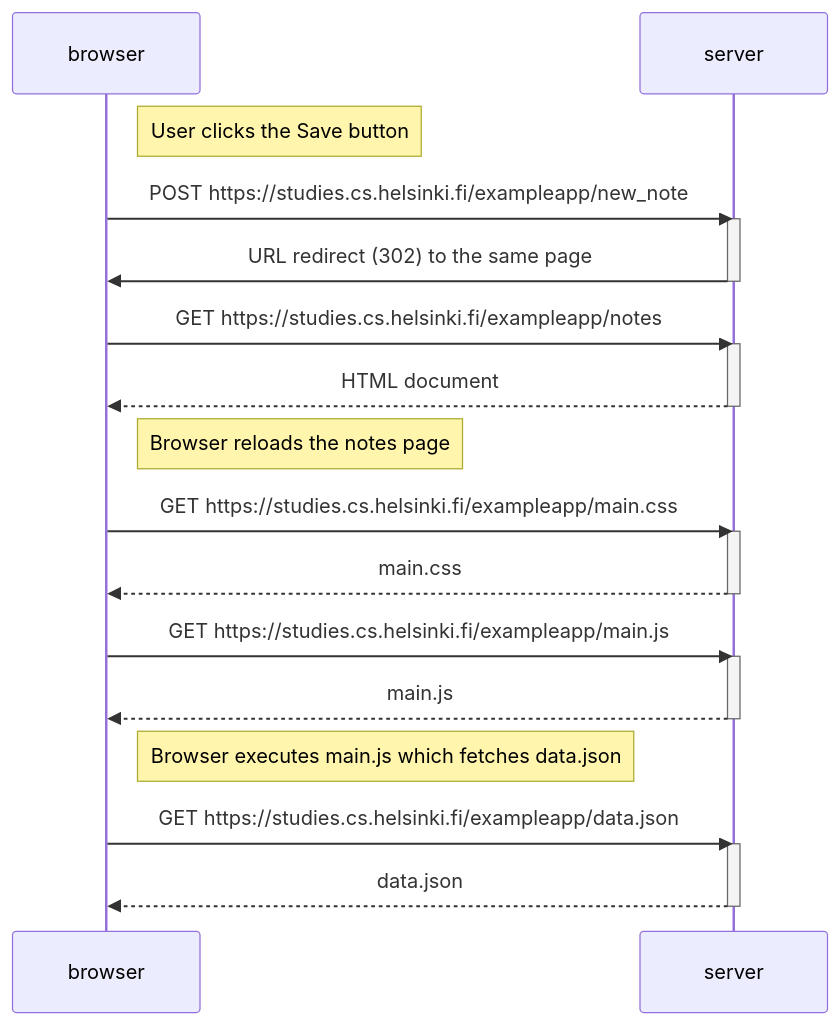
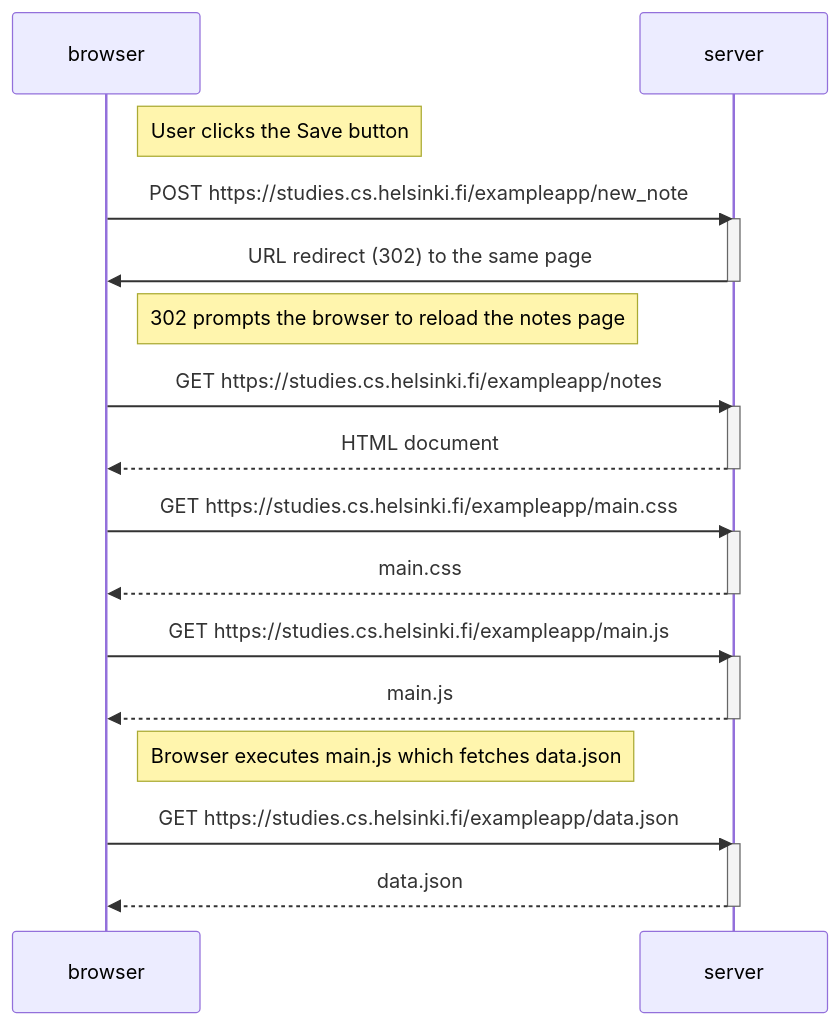
Before and after one commit to aukfil/fullstack-course: the diagram in part0/04.md, drawn with Mermaid.

Commit message:
Move reload note right after the 302 response

````diff
--- a/part0/04.md
+++ b/part0/04.md
@@ -1,36 +1,36 @@
 ```mermaid
 sequenceDiagram
     participant browser
     participant server
 
     Note right of browser: User clicks the Save button
 
     browser ->> server: POST https://studies.cs.helsinki.fi/exampleapp/new_note
     activate server
     server ->> browser: URL redirect (302) to the same page
     deactivate server
 
+    Note right of browser: 302 prompts the browser to reload the notes page
+
     browser ->> server: GET https://studies.cs.helsinki.fi/exampleapp/notes
     activate server
     server -->> browser: HTML document
     deactivate server
-
-    Note right of browser: Browser reloads the notes page
 
     browser ->> server: GET https://studies.cs.helsinki.fi/exampleapp/main.css
     activate server
     server -->> browser: main.css
     deactivate server
 
     browser ->> server: GET https://studies.cs.helsinki.fi/exampleapp/main.js
     activate server
     server -->> browser: main.js
     deactivate server
 
     Note right of browser: Browser executes main.js which fetches data.json
 
     browser ->> server: GET https://studies.cs.helsinki.fi/exampleapp/data.json
     activate server
     server -->> browser: data.json
     deactivate server
 ```
````
